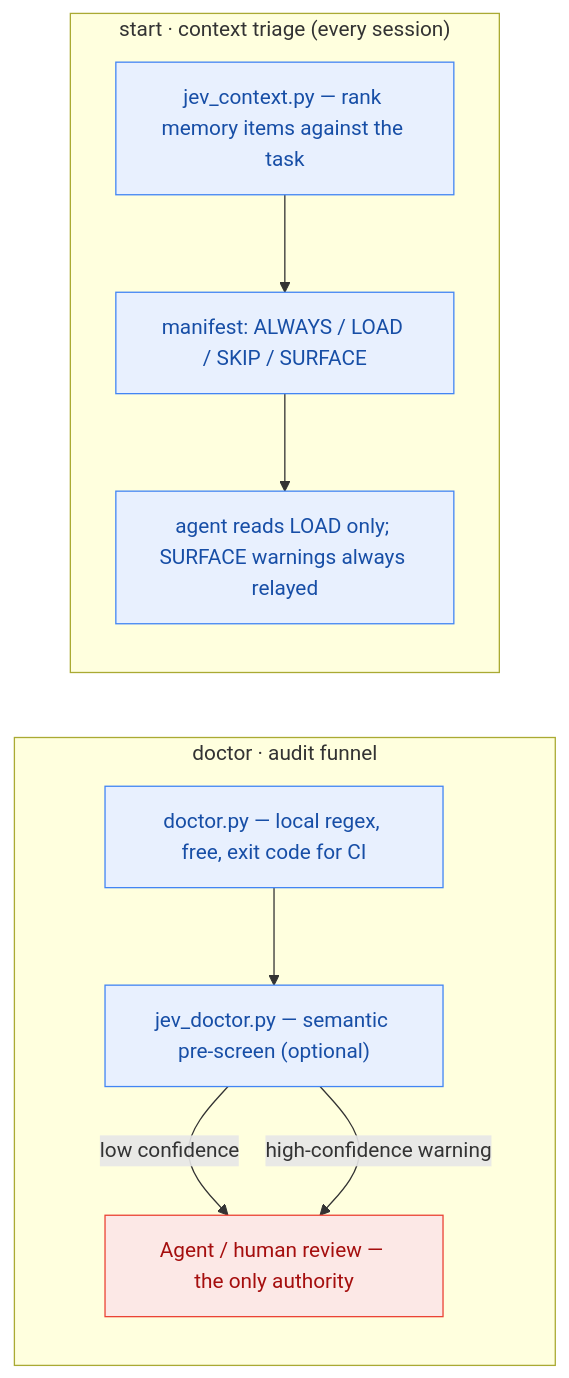
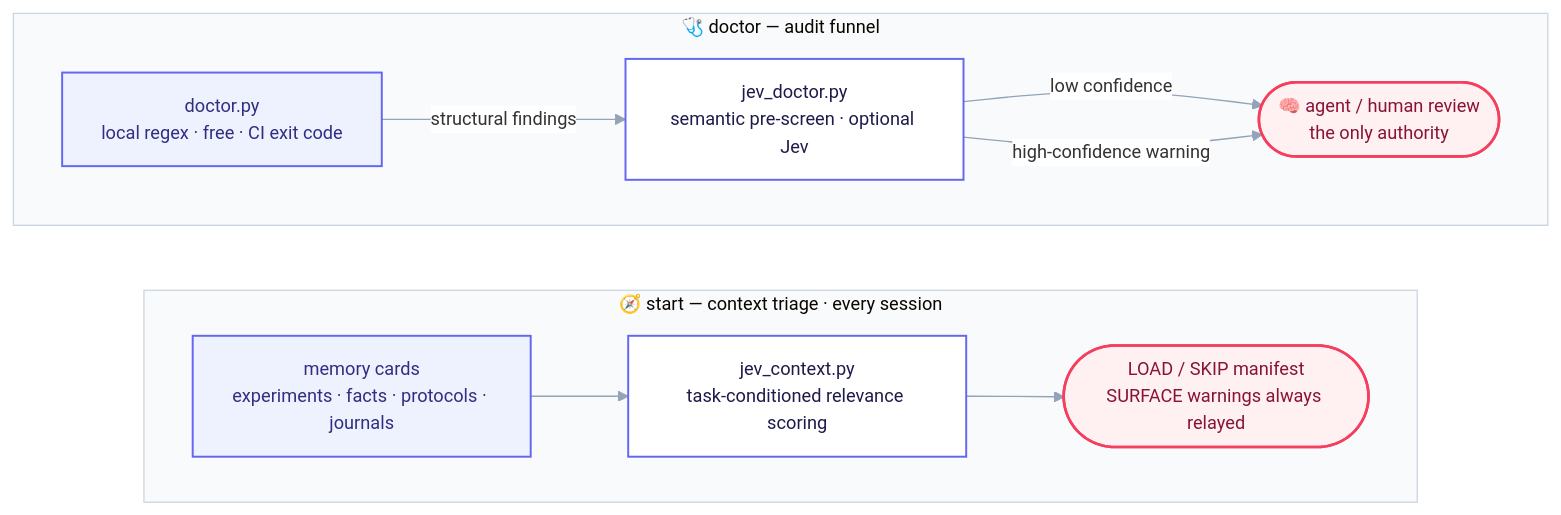
One commit to poiuyjie/jev_project_context changed the second of 2 diagrams in README.md. Above: the diagram before and after it, drawn with Mermaid. The commit also changed other lines of this file and 1 other file, not shown here.

Commit message:
Restyle README diagrams: unified indigo/emerald/amber palette, emoji icons, stadium terminals, init theme, compact labels

````diff
--- a/README.md
+++ b/README.md
@@ -43,20 +48,27 @@
 ```mermaid
-flowchart LR
-    subgraph audit ["doctor · audit funnel"]
-        direction TB
-        L1["doctor.py — local regex, free, exit code for CI"] --> L2["jev_doctor.py — semantic pre-screen (optional)"]
-        L2 -->|"low confidence"| L3["Agent / human review — the only authority"]
-        L2 -->|"high-confidence warning"| L3
+flowchart TB
+    %%{init: {"theme":"base","themeVariables":{"fontFamily":"Inter, ui-sans-serif, system-ui, sans-serif","fontSize":"14px","clusterBkg":"#F8FAFC","clusterBorder":"#CBD5E1","lineColor":"#94A3B8","edgeLabelBackground":"#FFFFFF"}}}%%
+    subgraph audit["🩺 doctor — audit funnel"]
+        direction LR
+        l1["doctor.py<br/>local regex · free · CI exit code"]:::c1
+        l2["jev_doctor.py<br/>semantic pre-screen · optional Jev"]:::c2
+        l3(["🧠 agent / human review<br/>the only authority"]):::c3
+        l1 -->|structural findings| l2
+        l2 -->|low confidence| l3
+        l2 -->|high-confidence warning| l3
     end
 
-    subgraph ctx ["start · context triage (every session)"]
-        direction TB
-        S1["jev_context.py — rank memory items against the task"] --> S2["manifest: ALWAYS / LOAD / SKIP / SURFACE"]
-        S2 --> S3["agent reads LOAD only; SURFACE warnings always relayed"]
+    subgraph triage["🧭 start — context triage · every session"]
+        direction LR
+        s1["memory cards<br/>experiments · facts · protocols · journals"]:::c1
+        s2["jev_context.py<br/>task-conditioned relevance scoring"]:::c2
+        s3(["LOAD / SKIP manifest<br/>SURFACE warnings always relayed"]):::c3
+        s1 --> s2 --> s3
     end
 
-    classDef layer fill:#e8f0fe,stroke:#4285f4,color:#174ea6;
-    classDef brain fill:#fce8e6,stroke:#ea4335,color:#a50e0e;
-    class L1,L2,S1,S2,S3 layer;
-    class L3 brain;
+    audit ~~~ triage
+
+    classDef c1 fill:#EEF2FF,stroke:#6366F1,stroke-width:1.5px,color:#312E81;
+    classDef c2 fill:#FFFFFF,stroke:#6366F1,stroke-width:1.5px,color:#1E1B4B;
+    classDef c3 fill:#FFF1F2,stroke:#F43F5E,stroke-width:2px,color:#881337;
 ```
````
